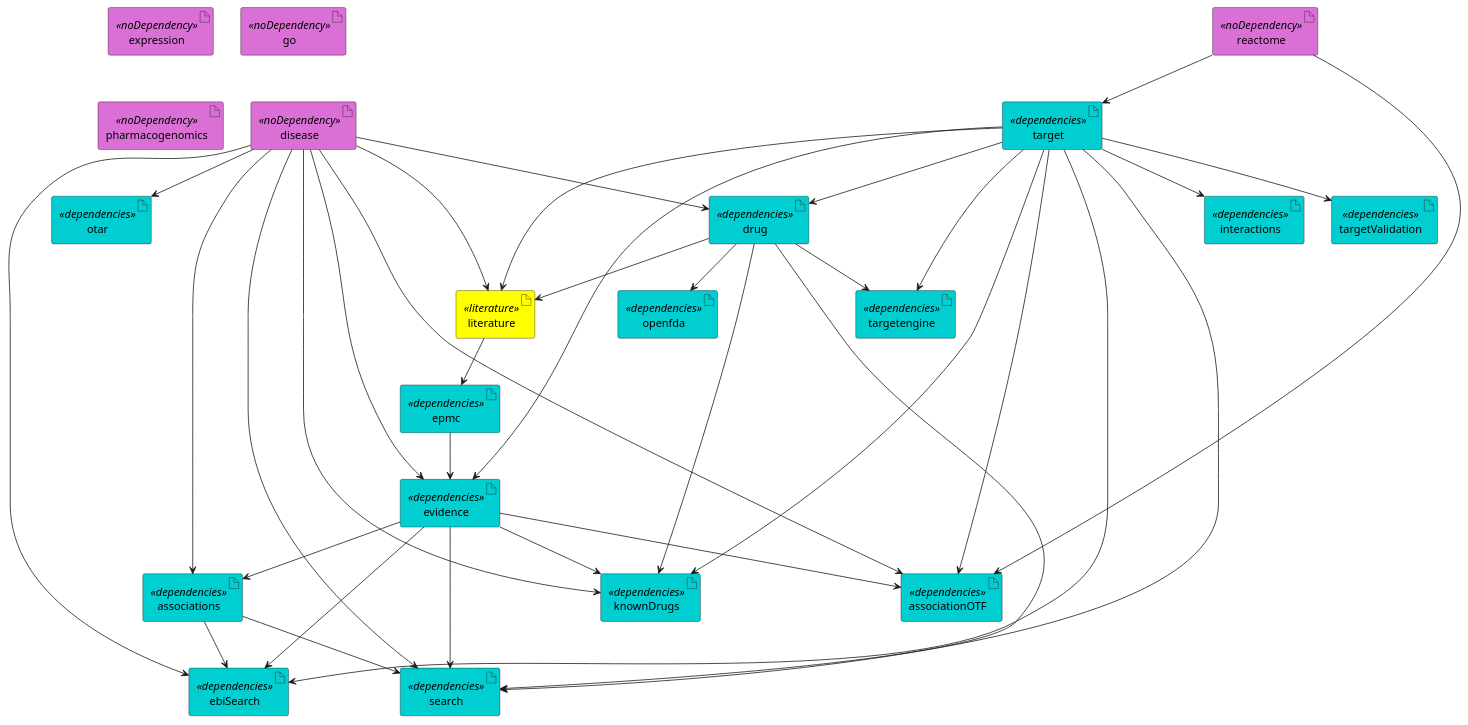
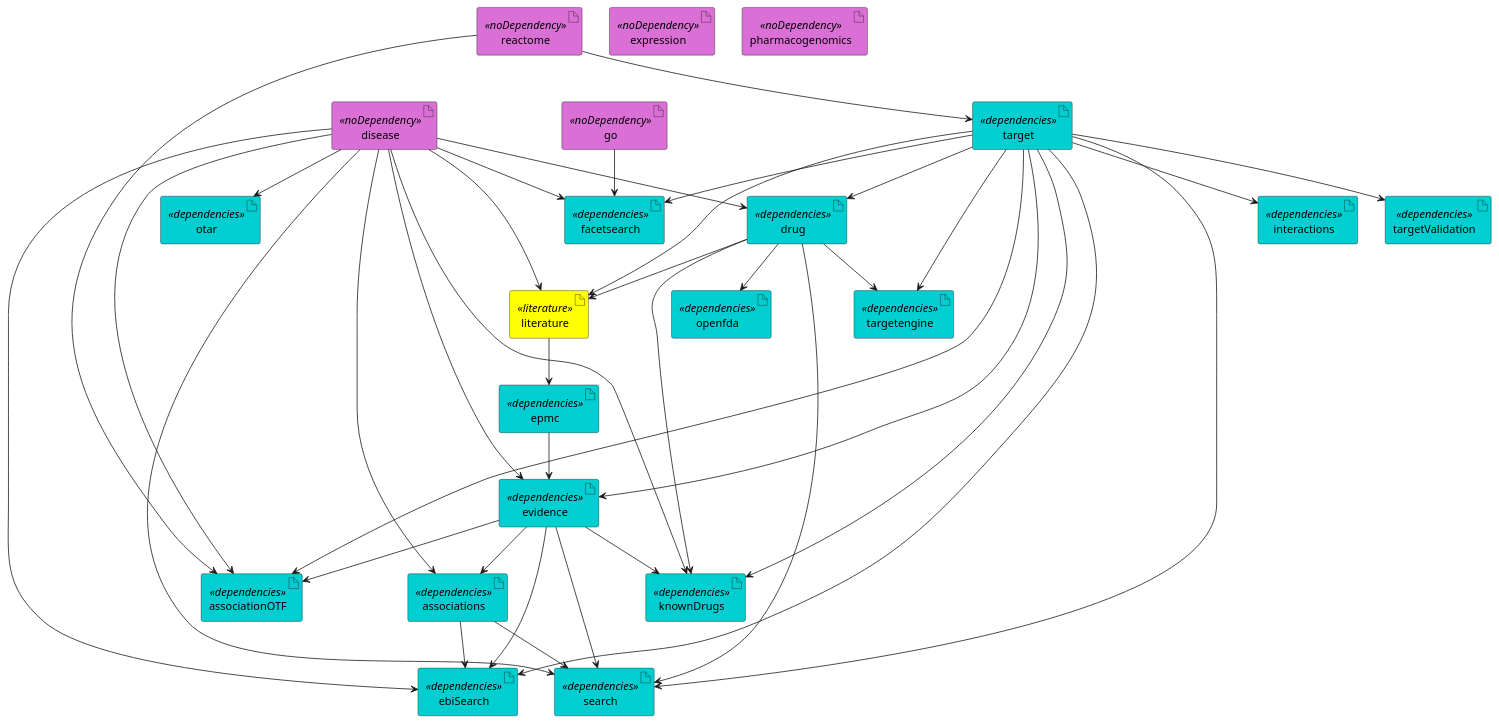
The diagram in documentation/etl_current.puml (opentargets/platform-etl-backend), drawn with PlantUML before and after one commit. The commit also changed 3 other files, not shown here.

```diff
--- a/documentation/etl_current.puml
+++ b/documentation/etl_current.puml
@@ -1,77 +1,83 @@
 @startuml
 skinparam interface {
     backgroundColor<<input>> darkblue
     backgroundColor<<output>> cyan
 }
 skinparam artifact {
      backgroundColor<<noDependency>> orchid
      backgroundColor<<dependencies>> darkturquoise
      backgroundColor<<literature>> yellow
  }
 ' steps
 artifact literature <<literature>>
 artifact associations <<dependencies>>
 artifact associationOTF <<dependencies>>
 artifact disease <<noDependency>>
 artifact drug <<dependencies>>
 artifact epmc <<dependencies>>
 artifact evidence <<dependencies>>
 artifact expression <<noDependency>>
+artifact facetsearch <<dependencies>>
 artifact go <<noDependency>>
 artifact interactions <<dependencies>>
 artifact knownDrugs <<dependencies>>
 artifact targetValidation<<dependencies>>
 artifact reactome <<noDependency>>
 artifact search <<dependencies>>
 artifact target <<dependencies>>
 artifact openfda <<dependencies>>
 artifact ebiSearch <<dependencies>>
 artifact otar <<dependencies>>
 artifact targetengine <<dependencies>>
 artifact pharmacogenomics <<noDependency>>
 
 disease --> otar
 reactome --> target
 
 evidence --> associations
 disease --> associations
 
 reactome --> associationOTF
 evidence --> associationOTF
 disease --> associationOTF
 target --> associationOTF
 
 target --> drug
 disease --> drug
 target --> evidence
 disease --> evidence
 
 evidence --> knownDrugs
 disease --> knownDrugs
 target --> knownDrugs
 drug --> knownDrugs
 
 evidence --> search
 disease --> search
 target --> search
 drug --> search
 associations --> search
 
 target --> interactions
 target --> targetengine
 target --> targetValidation
 
 drug --> openfda
 drug --> targetengine
 
 disease --> ebiSearch
 target --> ebiSearch
 evidence --> ebiSearch
 associations --> ebiSearch
 
 epmc --> evidence
 literature --> epmc
 target --> literature
 drug --> literature
 disease --> literature
+
+disease --> facetsearch
+target --> facetsearch
+go --> facetsearch
+
 @enduml
```
